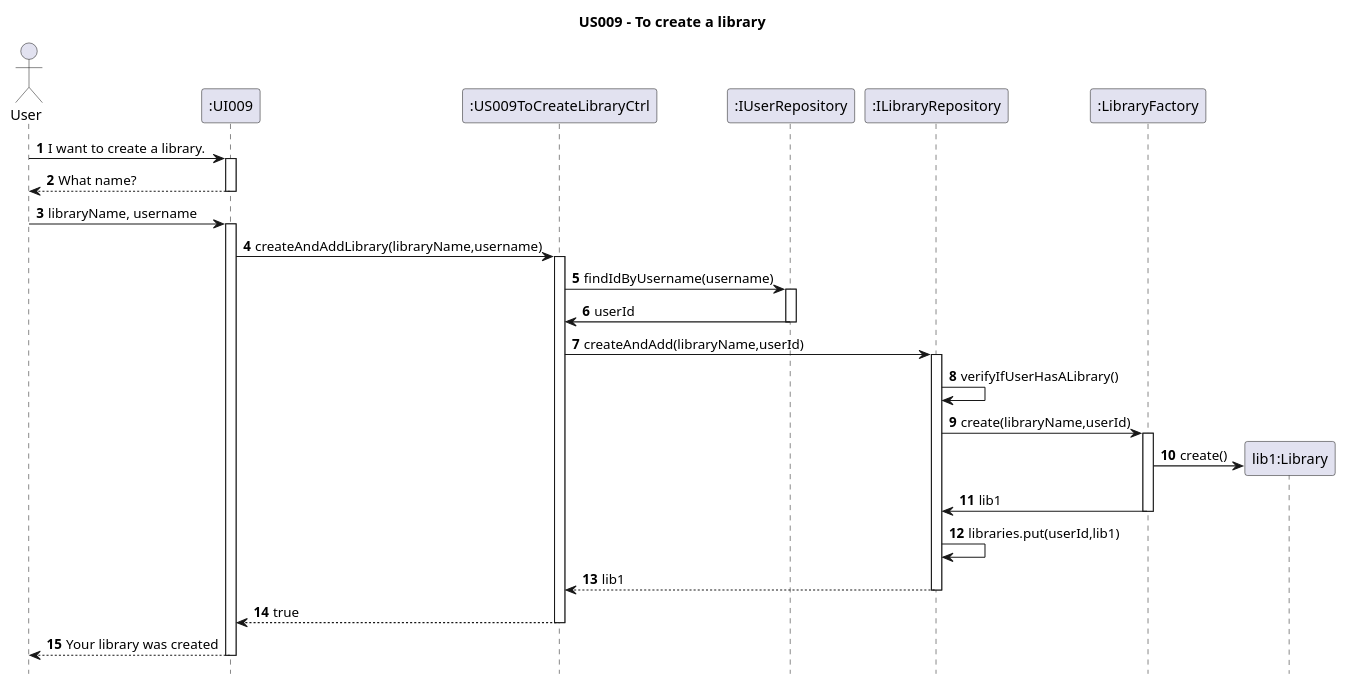
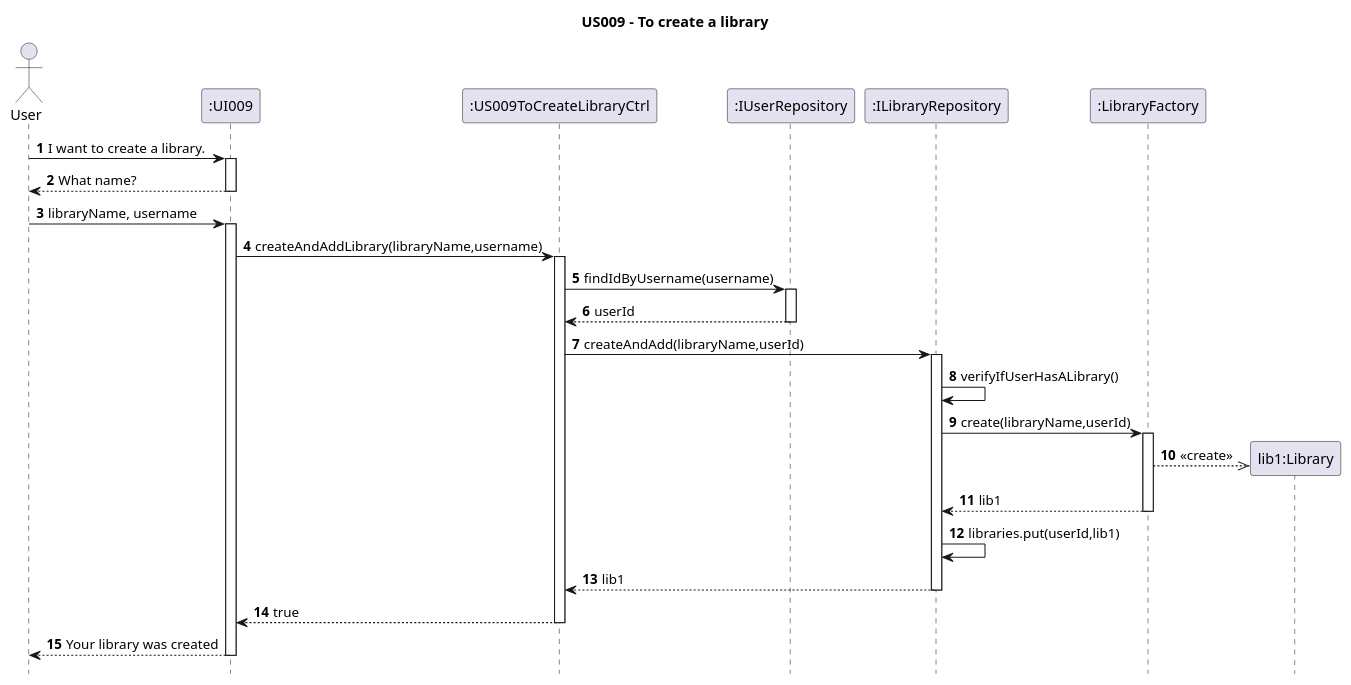
The diagram in Diagrams/SequenceDiagrams/N2/US009-to-create-a-library.puml (AndrePereiraGitH/SWitCH-Project-Team_A), drawn with PlantUML before and after one commit. The commit also changed 1 other file, not shown here.

Commit message:
docs (US009) #475: fixed some mistakes in uml annotation

```diff
--- a/Diagrams/SequenceDiagrams/N2/US009-to-create-a-library.puml
+++ b/Diagrams/SequenceDiagrams/N2/US009-to-create-a-library.puml
@@ -1,60 +1,60 @@
 @startuml
 hide footbox
 autonumber
 title US009 - To create a library
 
 
 actor User
 participant ":UI009" as UI
 
 participant ":US009ToCreateLibraryCtrl" as Ctrl
 
 participant ":IUserRepository" as userRepo
 participant ":ILibraryRepository" as LibraryRepo
 participant ":LibraryFactory" as factory
 
 
 User -> UI : I want to create a library.
 activate UI
 UI --> User : What name?
 deactivate UI
 User -> UI : libraryName, username
 
 activate UI
 
 UI -> Ctrl : createAndAddLibrary(libraryName,username)
 
 activate Ctrl
 
 Ctrl -> userRepo: findIdByUsername(username)
 activate userRepo
-userRepo -> Ctrl: userId
+userRepo --> Ctrl: userId
 deactivate userRepo
 
 
 Ctrl -> LibraryRepo : createAndAdd(libraryName,userId)
 activate LibraryRepo
 
 
 
 LibraryRepo -> LibraryRepo: verifyIfUserHasALibrary()
 
 LibraryRepo -> factory: create(libraryName,userId)
 activate factory
 create "lib1:Library" as Library
-factory -> Library : create()
-factory -> LibraryRepo: lib1
+factory -->> Library : <<create>>
+factory --> LibraryRepo: lib1
 deactivate factory
 
 
 LibraryRepo -> LibraryRepo : libraries.put(userId,lib1)
 
 
 LibraryRepo --> Ctrl : lib1
 deactivate LibraryRepo
 Ctrl --> UI : true
 deactivate Ctrl
 UI --> User : Your library was created
 deactivate UI
 
 @enduml
```
